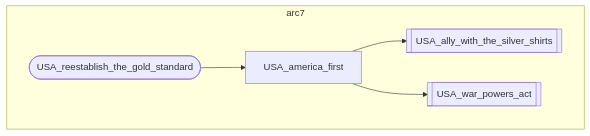
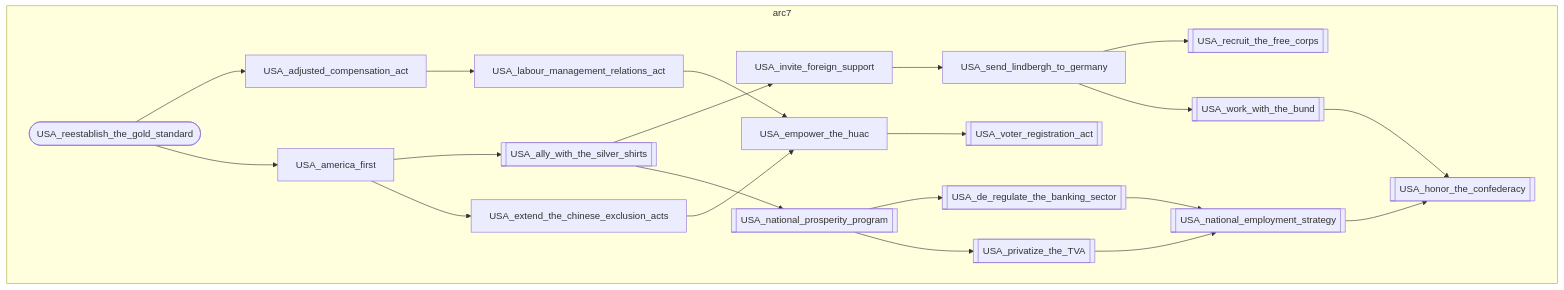
The seventh of 7 diagrams in docs/gdd/Scenarios Catalog.md (evgeny-sobol/hoi4-sandbox-mode), drawn with Mermaid before and after one commit. The commit also changed other lines of this file and 6 other files, not shown here.

````diff
--- a/docs/gdd/Scenarios Catalog.md
+++ b/docs/gdd/Scenarios Catalog.md
@@ -496,12 +496,41 @@
 ```mermaid
 flowchart TD
     subgraph arc7
+        USA_adjusted_compensation_act["USA_adjusted_compensation_act"]
         USA_ally_with_the_silver_shirts[["USA_ally_with_the_silver_shirts"]]
         USA_america_first["USA_america_first"]
+        USA_de_regulate_the_banking_sector[["USA_de_regulate_the_banking_sector"]]
+        USA_empower_the_huac["USA_empower_the_huac"]
+        USA_extend_the_chinese_exclusion_acts["USA_extend_the_chinese_exclusion_acts"]
+        USA_honor_the_confederacy[["USA_honor_the_confederacy"]]
+        USA_invite_foreign_support["USA_invite_foreign_support"]
+        USA_labour_management_relations_act["USA_labour_management_relations_act"]
+        USA_national_employment_strategy[["USA_national_employment_strategy"]]
+        USA_national_prosperity_program[["USA_national_prosperity_program"]]
+        USA_privatize_the_TVA[["USA_privatize_the_TVA"]]
+        USA_recruit_the_free_corps[["USA_recruit_the_free_corps"]]
         USA_reestablish_the_gold_standard(["USA_reestablish_the_gold_standard"])
-        USA_war_powers_act[["USA_war_powers_act"]]
+        USA_send_lindbergh_to_germany["USA_send_lindbergh_to_germany"]
+        USA_voter_registration_act[["USA_voter_registration_act"]]
+        USA_work_with_the_bund[["USA_work_with_the_bund"]]
+        USA_adjusted_compensation_act --> USA_labour_management_relations_act
+        USA_ally_with_the_silver_shirts --> USA_invite_foreign_support
+        USA_ally_with_the_silver_shirts --> USA_national_prosperity_program
         USA_america_first --> USA_ally_with_the_silver_shirts
-        USA_america_first --> USA_war_powers_act
+        USA_america_first --> USA_extend_the_chinese_exclusion_acts
+        USA_de_regulate_the_banking_sector --> USA_national_employment_strategy
+        USA_empower_the_huac --> USA_voter_registration_act
+        USA_extend_the_chinese_exclusion_acts --> USA_empower_the_huac
+        USA_invite_foreign_support --> USA_send_lindbergh_to_germany
+        USA_labour_management_relations_act --> USA_empower_the_huac
+        USA_national_employment_strategy --> USA_honor_the_confederacy
+        USA_national_prosperity_program --> USA_de_regulate_the_banking_sector
+        USA_national_prosperity_program --> USA_privatize_the_TVA
+        USA_privatize_the_TVA --> USA_national_employment_strategy
+        USA_reestablish_the_gold_standard --> USA_adjusted_compensation_act
         USA_reestablish_the_gold_standard --> USA_america_first
+        USA_send_lindbergh_to_germany --> USA_recruit_the_free_corps
+        USA_send_lindbergh_to_germany --> USA_work_with_the_bund
+        USA_work_with_the_bund --> USA_honor_the_confederacy
     end
 ```
````
